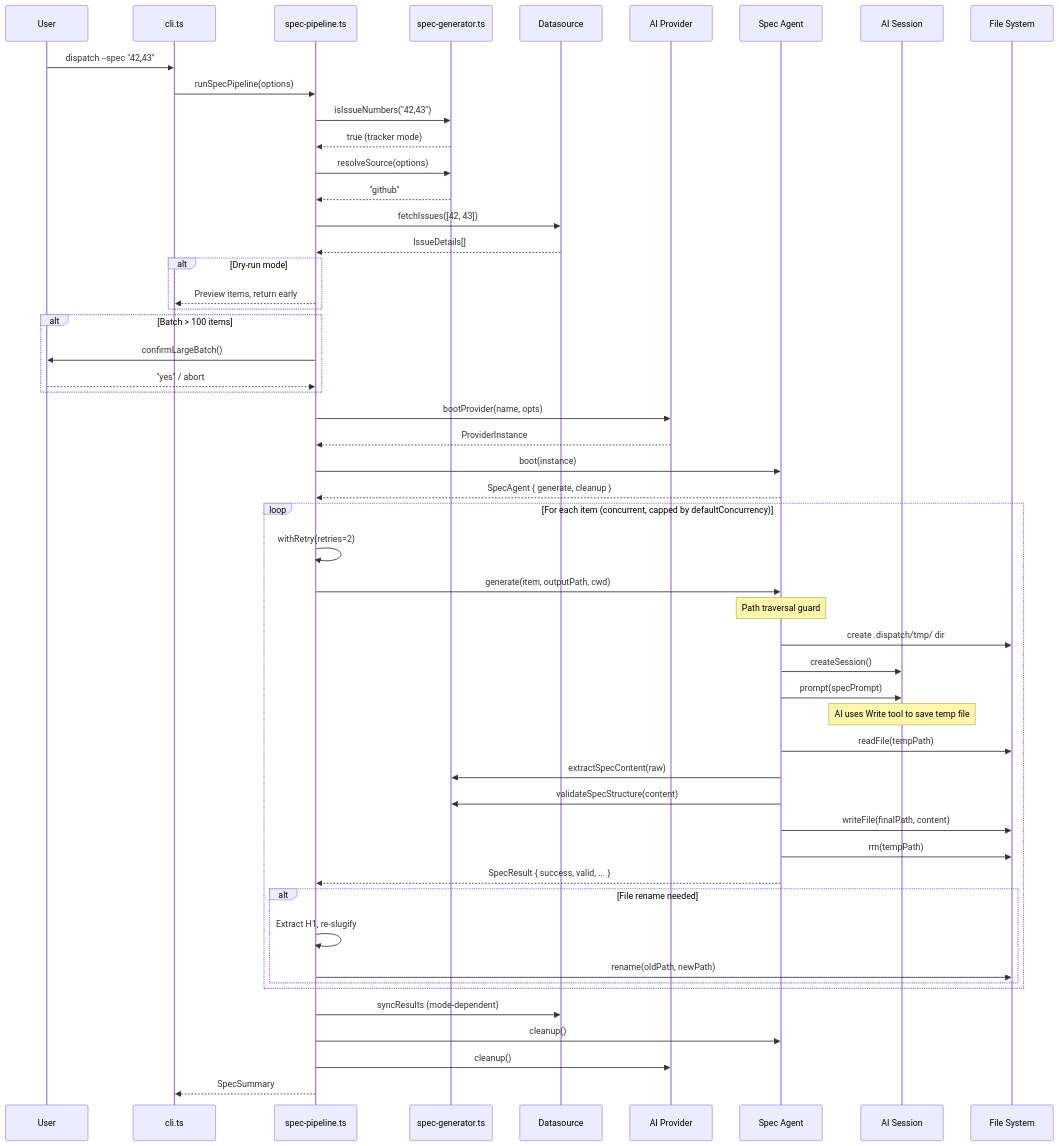
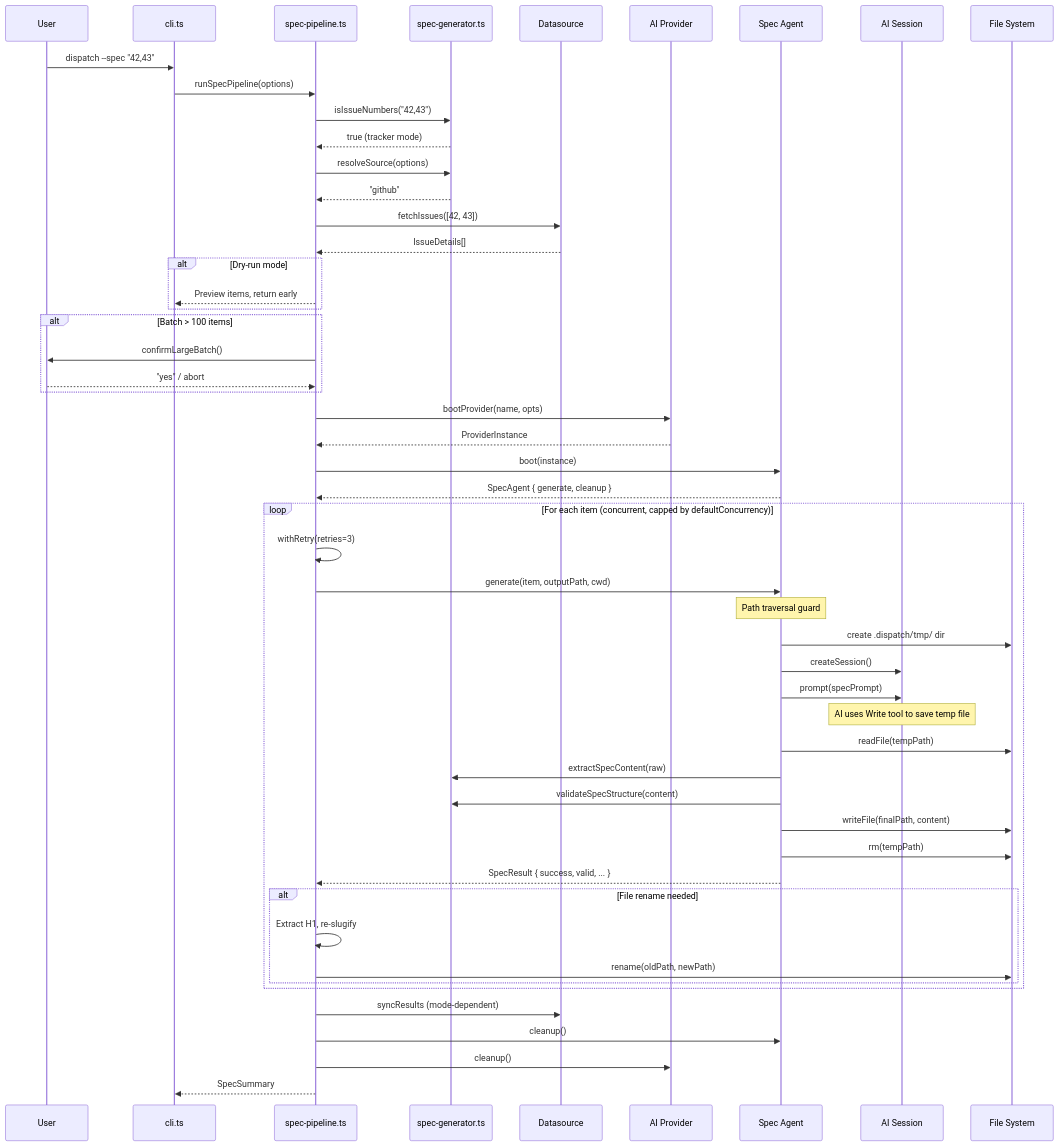
One commit to PatrickRuddiman/Dispatch changed the third of 4 diagrams in docs/spec-generation/overview.md. Above: the diagram before and after it, drawn with Mermaid. The commit also changed other lines of this file and 27 other files, not shown here.

````diff
--- a/docs/spec-generation/overview.md
+++ b/docs/spec-generation/overview.md
@@ -192,66 +192,66 @@
 ```mermaid
 sequenceDiagram
     participant User
     participant CLI as cli.ts
     participant Pipeline as spec-pipeline.ts
     participant SG as spec-generator.ts
     participant DS as Datasource
     participant Provider as AI Provider
     participant Agent as Spec Agent
     participant AI as AI Session
     participant FS as File System
 
     User->>CLI: dispatch --spec "42,43"
     CLI->>Pipeline: runSpecPipeline(options)
 
     Pipeline->>SG: isIssueNumbers("42,43")
     SG-->>Pipeline: true (tracker mode)
 
     Pipeline->>SG: resolveSource(options)
     SG-->>Pipeline: "github"
 
     Pipeline->>DS: fetchIssues([42, 43])
     DS-->>Pipeline: IssueDetails[]
 
     alt Dry-run mode
         Pipeline-->>CLI: Preview items, return early
     end
 
     alt Batch > 100 items
         Pipeline->>User: confirmLargeBatch()
         User-->>Pipeline: "yes" / abort
     end
 
     Pipeline->>Provider: bootProvider(name, opts)
     Provider-->>Pipeline: ProviderInstance
 
     Pipeline->>Agent: boot(instance)
     Agent-->>Pipeline: SpecAgent { generate, cleanup }
 
     loop For each item (concurrent, capped by defaultConcurrency)
-        Pipeline->>Pipeline: withRetry(retries=2)
+        Pipeline->>Pipeline: withRetry(retries=3)
         Pipeline->>Agent: generate(item, outputPath, cwd)
 
         Note over Agent: Path traversal guard
         Agent->>FS: create .dispatch/tmp/ dir
         Agent->>AI: createSession()
         Agent->>AI: prompt(specPrompt)
         Note over AI: AI uses Write tool to save temp file
         Agent->>FS: readFile(tempPath)
         Agent->>SG: extractSpecContent(raw)
         Agent->>SG: validateSpecStructure(content)
         Agent->>FS: writeFile(finalPath, content)
         Agent->>FS: rm(tempPath)
         Agent-->>Pipeline: SpecResult { success, valid, ... }
 
         alt File rename needed
             Pipeline->>Pipeline: Extract H1, re-slugify
             Pipeline->>FS: rename(oldPath, newPath)
         end
     end
 
     Pipeline->>DS: syncResults (mode-dependent)
     Pipeline->>Agent: cleanup()
     Pipeline->>Provider: cleanup()
     Pipeline-->>CLI: SpecSummary
 ```
````
